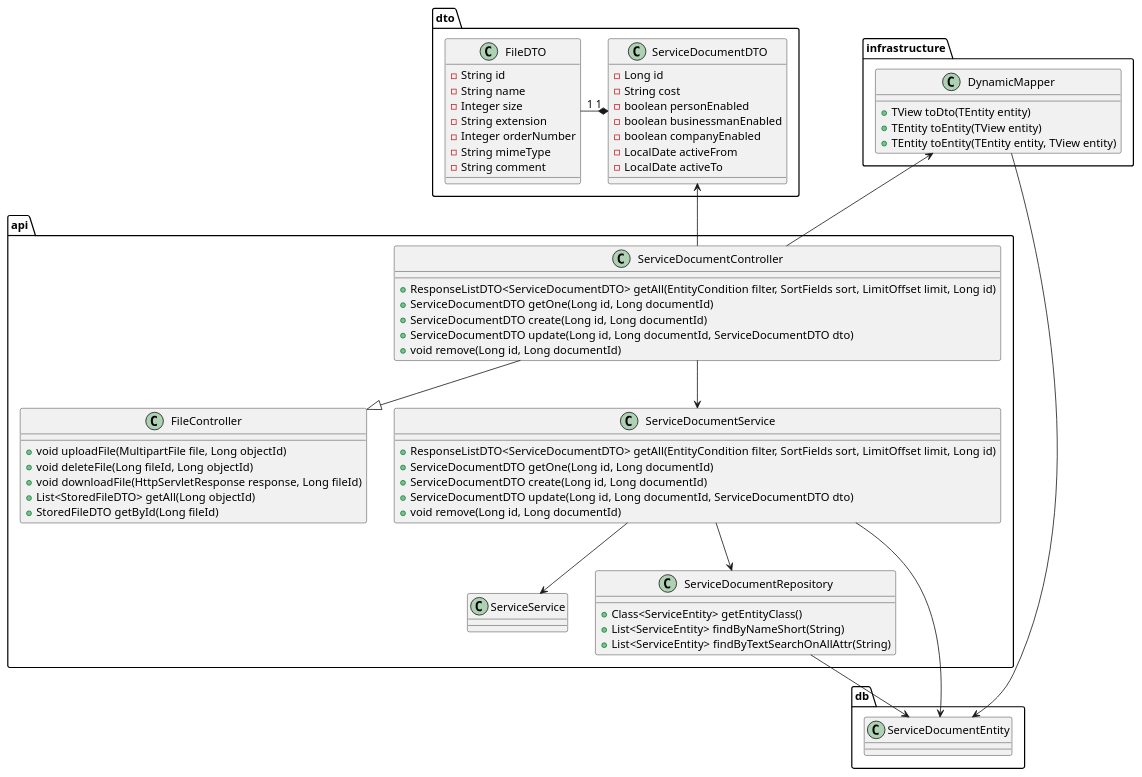
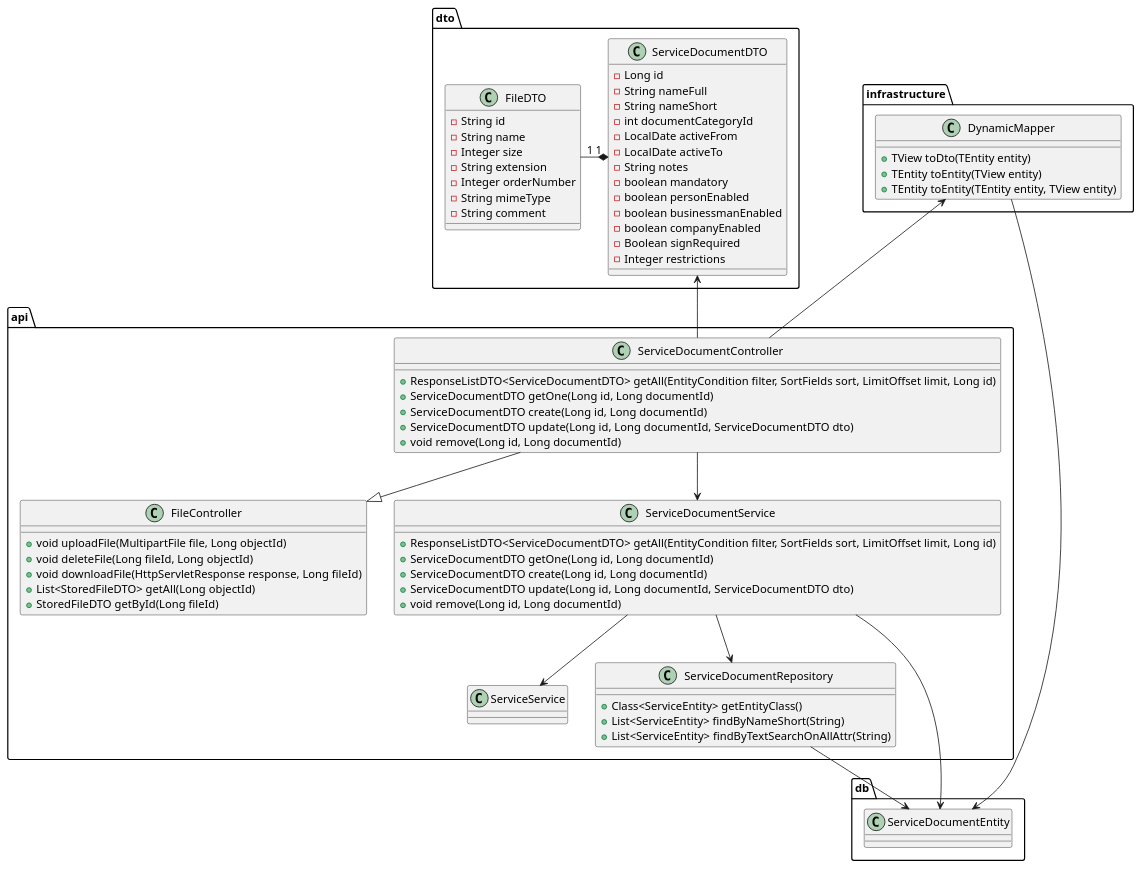
Before and after one commit to yespeace13/path-to-end: the diagram in api-classes/api-classes-services-document.puml, drawn with PlantUML. The commit also changed 5 other files, not shown here.

```diff
--- a/api-classes/api-classes-services-document.puml
+++ b/api-classes/api-classes-services-document.puml
@@ -1,79 +1,85 @@
 @startuml
 page 4x1
 top to bottom direction
 class api.FileController {
   + void uploadFile(MultipartFile file, Long objectId)
   + void deleteFile(Long fileId, Long objectId)
   + void downloadFile(HttpServletResponse response, Long fileId)
   + List<StoredFileDTO> getAll(Long objectId)
   + StoredFileDTO getById(Long fileId)
 }
 
 class api.ServiceDocumentController {
   + ResponseListDTO<ServiceDocumentDTO> getAll(EntityCondition filter, SortFields sort, LimitOffset limit, Long id)
   + ServiceDocumentDTO getOne(Long id, Long documentId)
   + ServiceDocumentDTO create(Long id, Long documentId)
   + ServiceDocumentDTO update(Long id, Long documentId, ServiceDocumentDTO dto)
   + void remove(Long id, Long documentId)
 }
 class api.ServiceService {
 
 }
 
 class api.ServiceDocumentService {
    + ResponseListDTO<ServiceDocumentDTO> getAll(EntityCondition filter, SortFields sort, LimitOffset limit, Long id)
    + ServiceDocumentDTO getOne(Long id, Long documentId)
    + ServiceDocumentDTO create(Long id, Long documentId)
    + ServiceDocumentDTO update(Long id, Long documentId, ServiceDocumentDTO dto)
    + void remove(Long id, Long documentId)
 }
 
 class infrastructure.DynamicMapper {
   + TView toDto(TEntity entity)
   + TEntity toEntity(TView entity)
   + TEntity toEntity(TEntity entity, TView entity)
 }
 
 class dto.ServiceDocumentDTO {
 - Long id
-- String cost
+- String nameFull
+- String nameShort
+- int documentCategoryId
+- LocalDate activeFrom
+- LocalDate activeTo
+- String notes
+- boolean mandatory
 - boolean personEnabled
 - boolean businessmanEnabled
 - boolean companyEnabled
-- LocalDate activeFrom
-- LocalDate activeTo
+- Boolean signRequired
+- Integer restrictions
 }
 
 class dto.FileDTO {
 - String id
 - String name
 - Integer size
 - String extension
 - Integer orderNumber
 - String mimeType
 - String comment
 }
 ServiceDocumentDTO "1" *-l- "1" FileDTO
 
 
 class api.ServiceDocumentRepository {
 + Class<ServiceEntity> getEntityClass()
 + List<ServiceEntity> findByNameShort(String)
 + List<ServiceEntity> findByTextSearchOnAllAttr(String)
 }
 
 class db.ServiceDocumentEntity {
 }
 
 ServiceDocumentController --|> FileController
 
 ServiceDocumentController -u-> ServiceDocumentDTO
 ServiceDocumentController --> ServiceDocumentService
 ServiceDocumentController -u-> DynamicMapper
 ServiceDocumentService --> ServiceDocumentRepository
 ServiceDocumentRepository --> ServiceDocumentEntity
 ServiceDocumentService --> ServiceDocumentEntity
 DynamicMapper --> ServiceDocumentEntity
 ServiceDocumentService --> ServiceService
 
 @enduml
```
